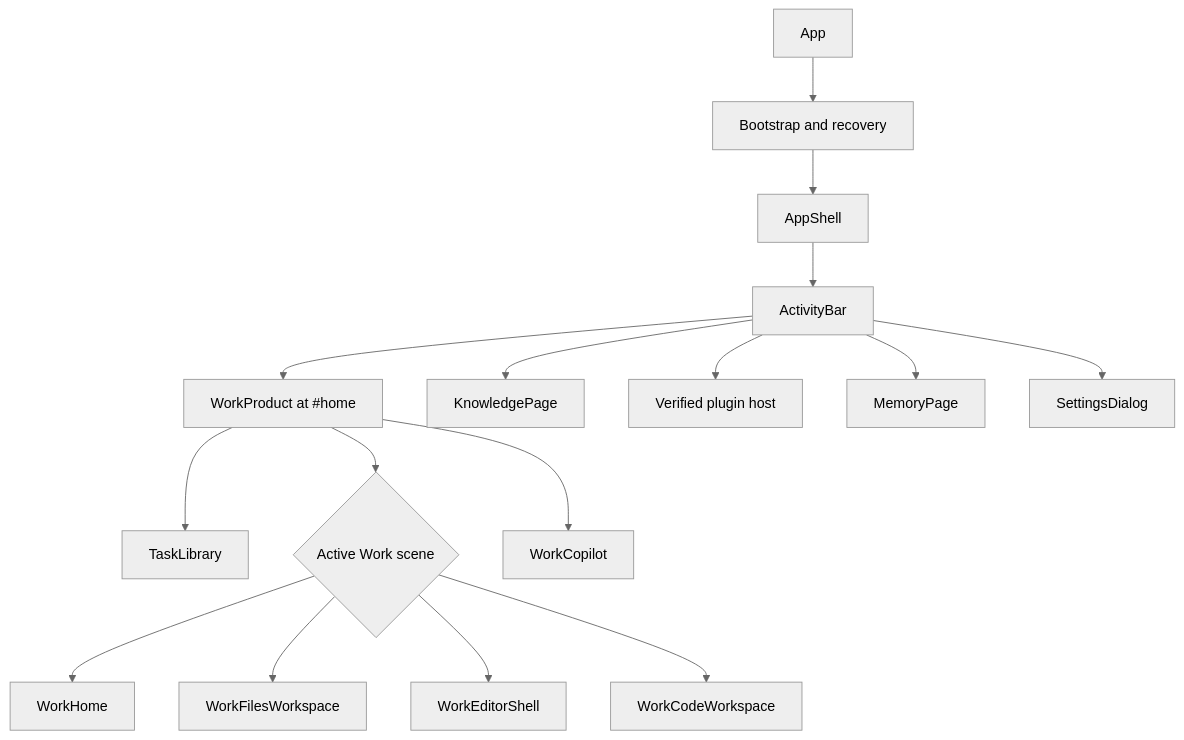
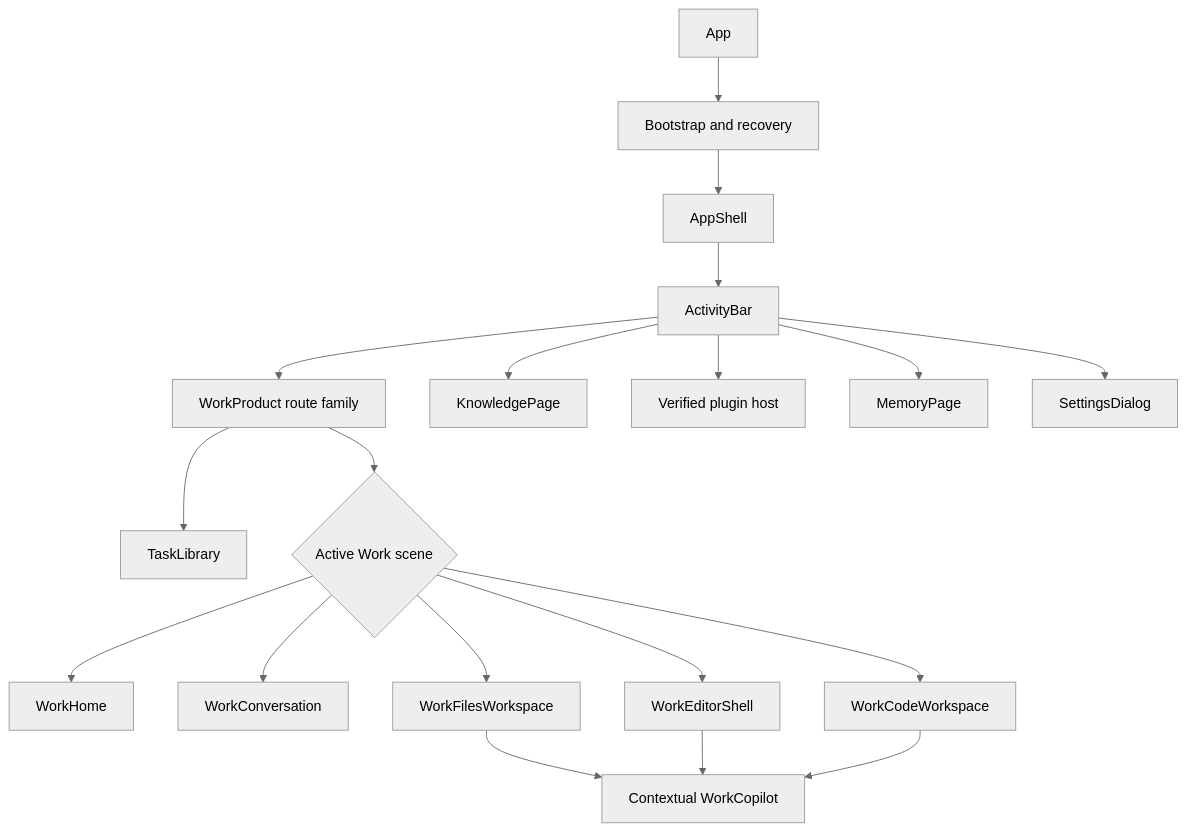
Before and after one commit to A3S-Lab/a3s: the first of 3 diagrams in apps/web/docs/PRODUCT_ARCHITECTURE.md, drawn with Mermaid (neutral theme). The commit also changed other lines of this file and 38 other files, not shown here.

````diff
--- a/apps/web/docs/PRODUCT_ARCHITECTURE.md
+++ b/apps/web/docs/PRODUCT_ARCHITECTURE.md
@@ -11,18 +11,21 @@
 ```mermaid
 flowchart TB
     App --> Boot[Bootstrap and recovery]
     Boot --> Shell[AppShell]
     Shell --> Bar[ActivityBar]
-    Bar --> Work[WorkProduct at #home]
+    Bar --> Work[WorkProduct route family]
     Bar --> Knowledge[KnowledgePage]
     Bar --> Plugins[Verified plugin host]
     Bar --> Memory[MemoryPage]
     Bar --> Settings[SettingsDialog]
     Work --> Sessions[TaskLibrary]
     Work --> Scene{Active Work scene}
     Scene --> Home[WorkHome]
+    Scene --> Conversation[WorkConversation]
     Scene --> Files[WorkFilesWorkspace]
     Scene --> Office[WorkEditorShell]
     Scene --> Code[WorkCodeWorkspace]
-    Work --> Assistant[WorkCopilot]
+    Files --> Assistant[Contextual WorkCopilot]
+    Office --> Assistant
+    Code --> Assistant
 ```
````
